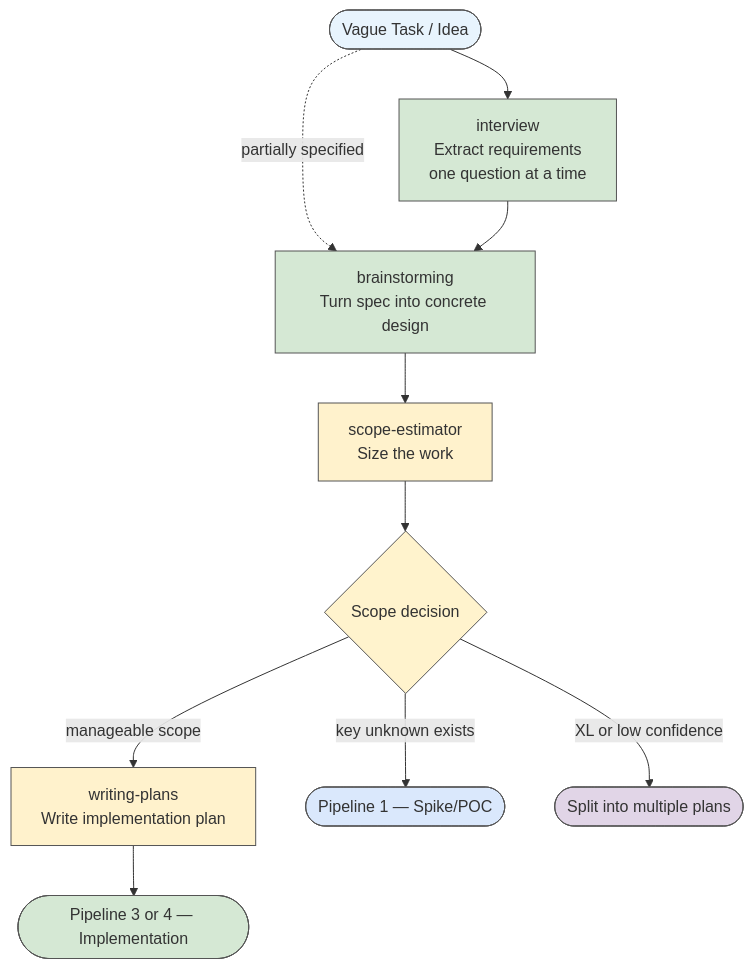
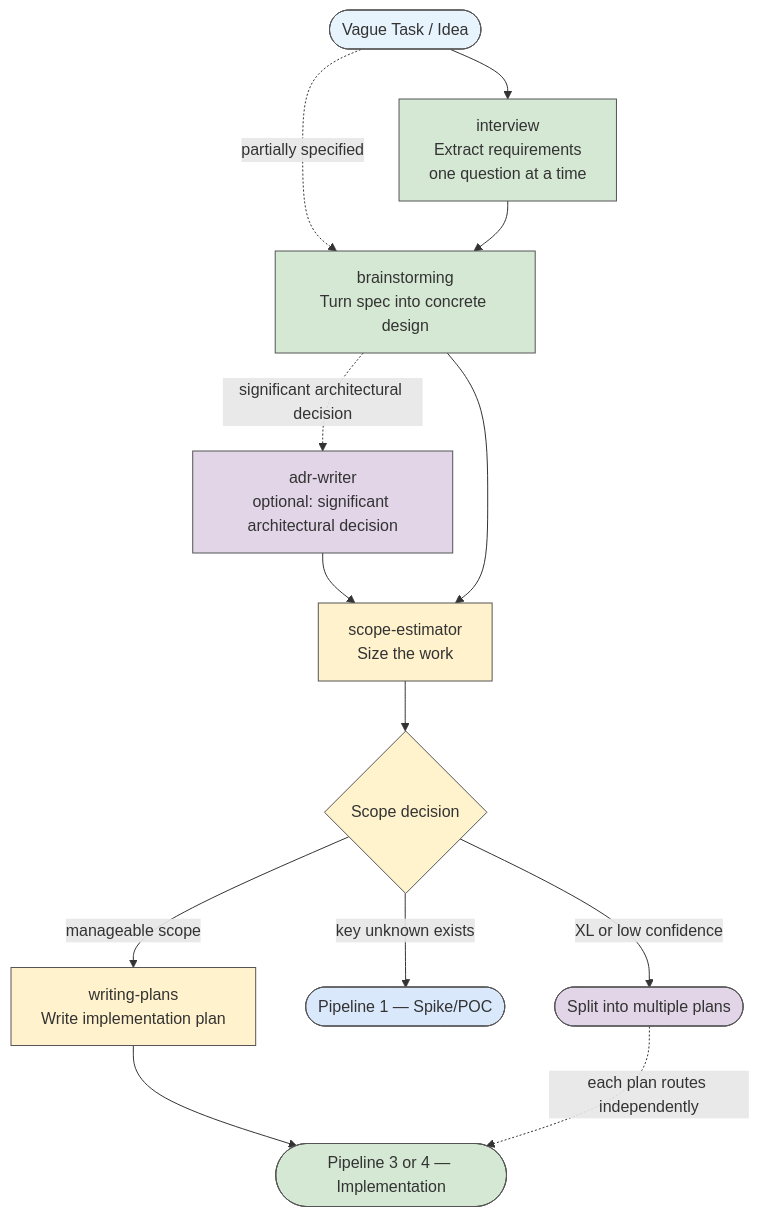
The third of 13 diagrams in USER-MANUAL.md (yuriyvsavchuk/devflow), drawn with Mermaid before and after one commit. The commit also changed other lines of this file and 14 other files, not shown here.

````diff
--- a/USER-MANUAL.md
+++ b/USER-MANUAL.md
@@ -494,29 +592,33 @@
 ```mermaid
 graph TD
     classDef startEnd fill:#E8F4FD,stroke:#555
     classDef work fill:#D5E8D4,stroke:#555
     classDef planning fill:#FFF2CC,stroke:#555
     classDef decision fill:#FFF3CD,stroke:#555
     classDef transition fill:#DAE8FC,stroke:#555
     classDef optional fill:#E1D5E7,stroke:#555
 
     start([Vague Task / Idea]):::startEnd
     interview[interview<br/>Extract requirements<br/>one question at a time]:::work
     brainstorm[brainstorming<br/>Turn spec into concrete design]:::work
+    adr[adr-writer<br/>optional: significant architectural decision]:::optional
     scope[scope-estimator<br/>Size the work]:::planning
     plans[writing-plans<br/>Write implementation plan]:::planning
     decision{Scope decision}:::decision
     p1([Pipeline 1 — Spike/POC]):::transition
     p3_4([Pipeline 3 or 4 — Implementation]):::work
     split([Split into multiple plans]):::optional
 
     start --> interview
     start -.->|partially specified| brainstorm
     interview --> brainstorm
+    brainstorm -.->|significant architectural decision| adr
+    adr --> scope
     brainstorm --> scope
     scope --> decision
     decision -->|manageable scope| plans
     decision -->|key unknown exists| p1
     decision -->|XL or low confidence| split
     plans --> p3_4
+    split -.->|each plan routes independently| p3_4
 ```
````
